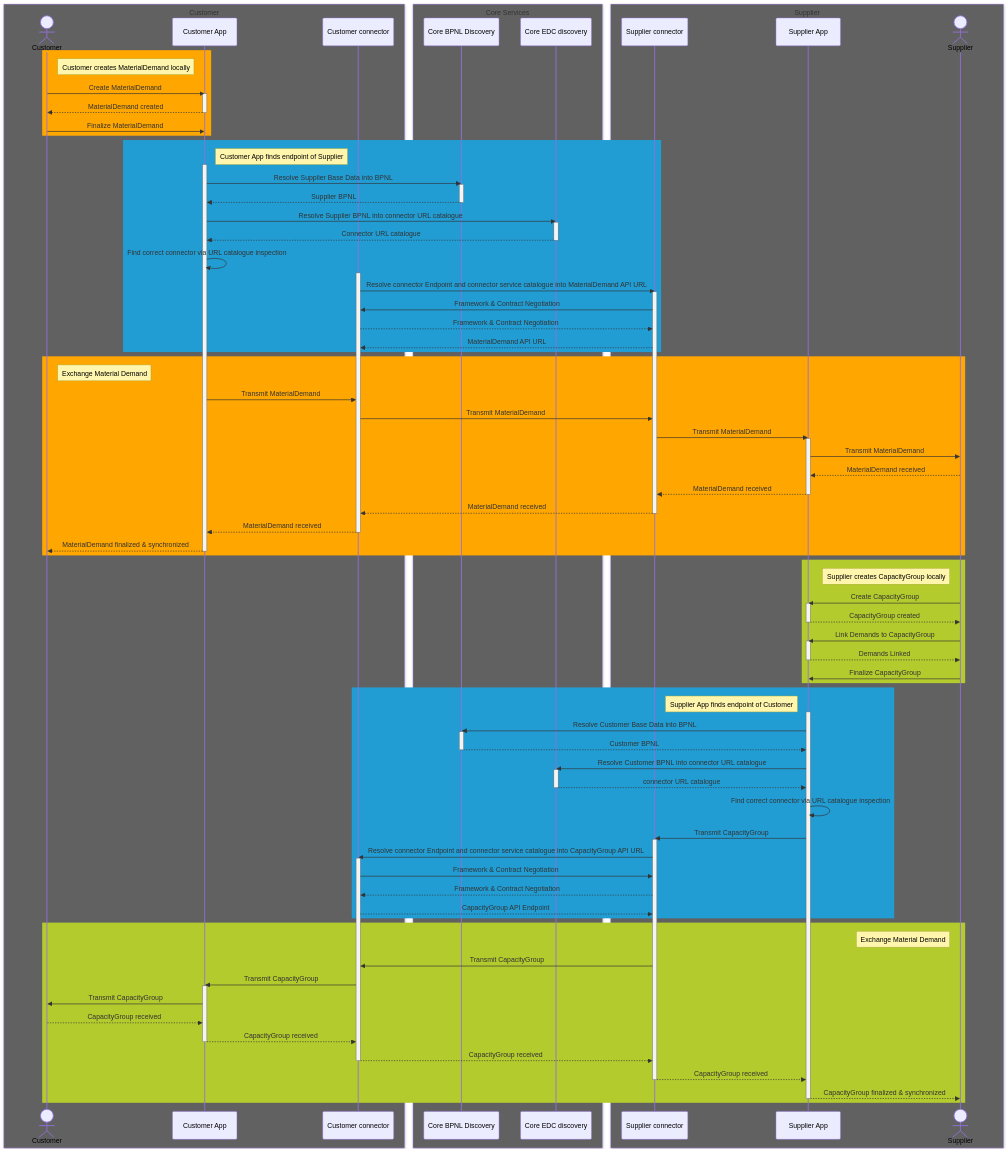
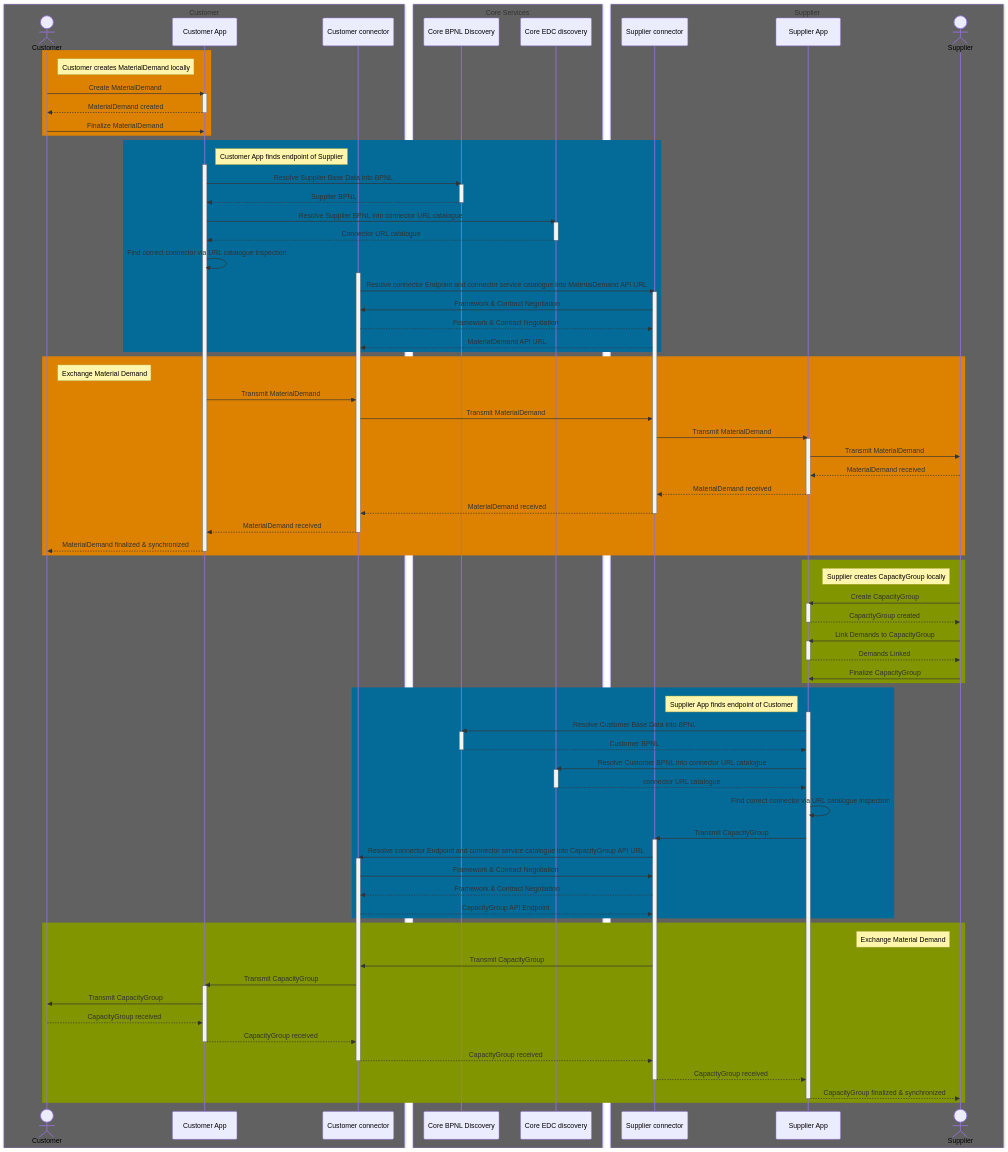
The diagram in docs-kits/kits/DCM-Kit/architecture-view/overview.md (eclipse-tractusx/eclipse-tractusx.github.io), drawn with Mermaid before and after one commit.

Commit message:
Reshaded Sequence DIagramm for better visibility

```diff
--- a/docs-kits/kits/DCM-Kit/architecture-view/overview.md
+++ b/docs-kits/kits/DCM-Kit/architecture-view/overview.md
@@ -83,7 +83,7 @@
     participant SupplierApp as Supplier App
     actor Supplier
     end
-    rect rgb(255,166,0)
+    rect rgb(221,130,0)
         note right of Customer: Customer creates MaterialDemand locally
         Customer ->> CustomerApp: Create MaterialDemand
         activate CustomerApp
@@ -91,7 +91,7 @@
         deactivate CustomerApp
         Customer ->> CustomerApp: Finalize MaterialDemand
     end
-    rect rgb(33,157,212)
+    rect rgb(4,107,153)
         note right of CustomerApp: Customer App finds endpoint of Supplier
         activate CustomerApp
         CustomerApp ->> CoreBpnlDiscovery: Resolve Supplier Base Data into BPNL
@@ -110,7 +110,7 @@
         CustomerConnector -->> SupplierConnector: Framework & Contract Negotiation
         SupplierConnector -->> CustomerConnector: MaterialDemand API URL
     end
-    rect rgb(255,166,0)
+    rect rgb(221,130,0)
         note right of Customer: Exchange Material Demand
         CustomerApp ->> CustomerConnector: Transmit MaterialDemand        
         CustomerConnector ->> SupplierConnector: Transmit MaterialDemand
@@ -127,7 +127,7 @@
         CustomerApp -->> Customer: MaterialDemand finalized & synchronized
         deactivate CustomerApp
     end
-    rect rgb(179,203,45)
+    rect rgb(128,149,0)
     note left of Supplier: Supplier creates CapacityGroup locally
         Supplier ->> SupplierApp: Create CapacityGroup
         activate SupplierApp
@@ -139,7 +139,7 @@
         deactivate SupplierApp
         Supplier ->> SupplierApp: Finalize CapacityGroup
     end
-    rect rgb(33,157,212)
+    rect rgb(4,107,153)
         note left of SupplierApp: Supplier App finds endpoint of Customer
         activate SupplierApp
         SupplierApp ->> CoreBpnlDiscovery: Resolve Customer Base Data into BPNL
@@ -159,7 +159,7 @@
         SupplierConnector -->> CustomerConnector: Framework & Contract Negotiation
         CustomerConnector -->> SupplierConnector: CapacityGroup API Endpoint
     end 
-    rect rgb(179,203,45)
+    rect rgb(128,149,0)
         note left of Supplier: Exchange Material Demand
         SupplierConnector ->> CustomerConnector: Transmit CapacityGroup
         CustomerConnector ->> CustomerApp: Transmit CapacityGroup
```
